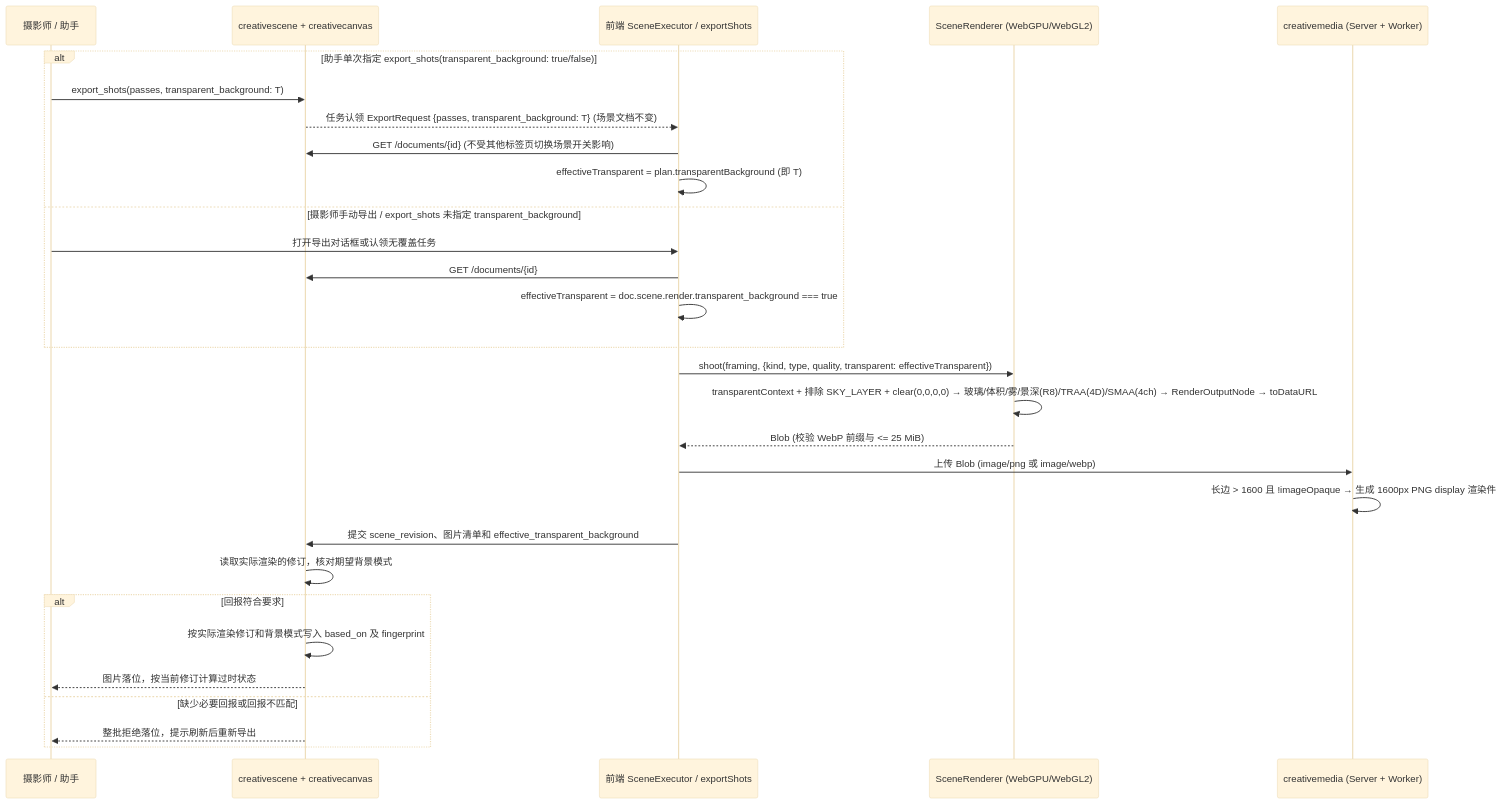
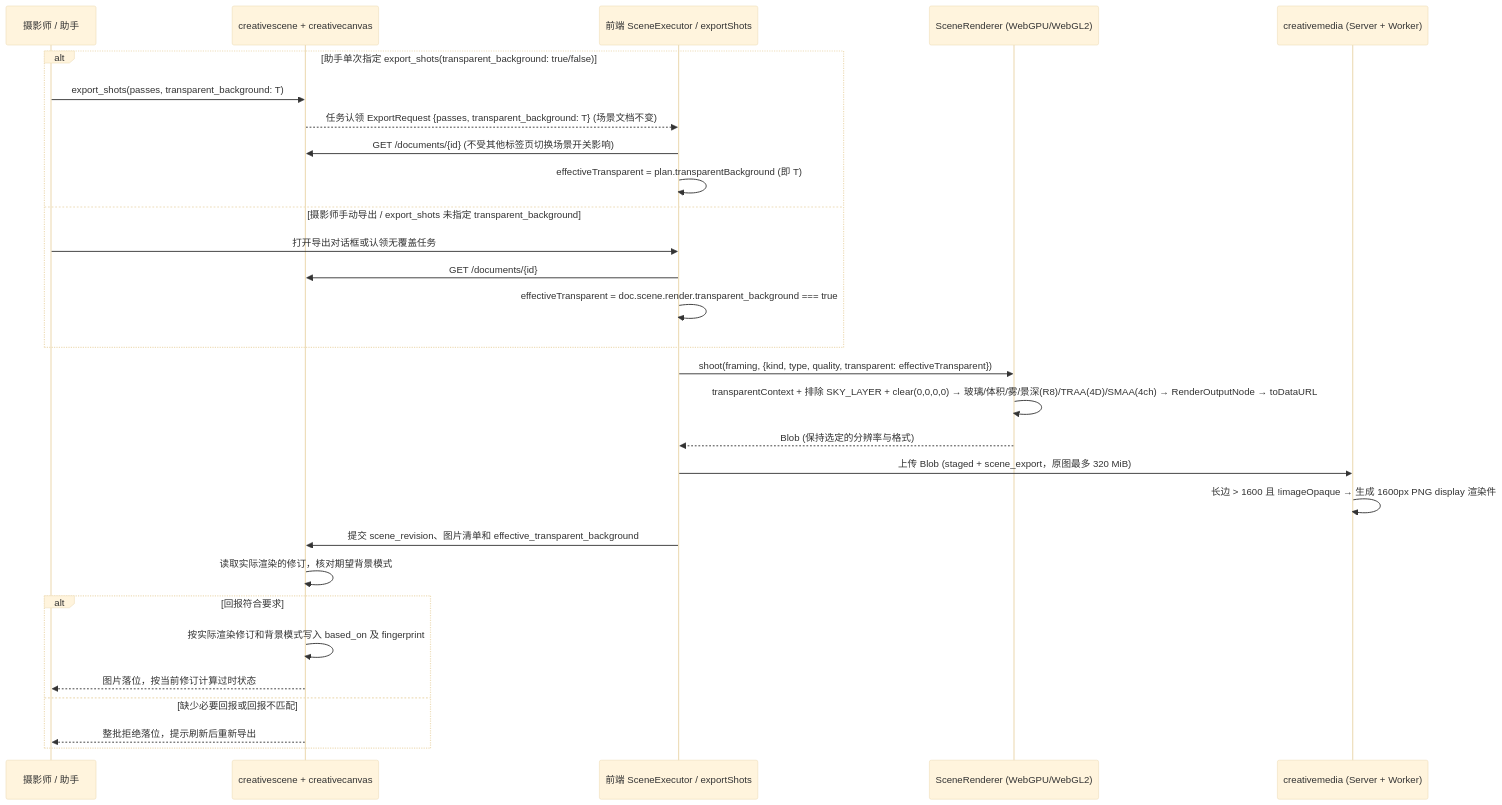
Before and after one commit to ltwin/customer_manage_platform: the diagram in .lti/features/2026-11-15-scene-transparent-background/design.md, drawn with Mermaid (base theme). The commit also changed other lines of this file and 75 other files, not shown here.

````diff
--- a/.lti/features/2026-11-15-scene-transparent-background/design.md
+++ b/.lti/features/2026-11-15-scene-transparent-background/design.md
@@ -142,32 +144,32 @@
 ```mermaid
 sequenceDiagram
   participant A as 摄影师 / 助手
   participant S as creativescene + creativecanvas
   participant H as 前端 SceneExecutor / exportShots
   participant R as SceneRenderer (WebGPU/WebGL2)
   participant M as creativemedia (Server + Worker)
 
   alt 助手单次指定 export_shots(transparent_background: true/false)
     A->>S: export_shots(passes, transparent_background: T)
     S-->>H: 任务认领 ExportRequest {passes, transparent_background: T} (场景文档不变)
     H->>S: GET /documents/{id} (不受其他标签页切换场景开关影响)
     H->>H: effectiveTransparent = plan.transparentBackground (即 T)
   else 摄影师手动导出 / export_shots 未指定 transparent_background
     A->>H: 打开导出对话框或认领无覆盖任务
     H->>S: GET /documents/{id}
     H->>H: effectiveTransparent = doc.scene.render.transparent_background === true
   end
   H->>R: shoot(framing, {kind, type, quality, transparent: effectiveTransparent})
   R->>R: transparentContext + 排除 SKY_LAYER + clear(0,0,0,0) → 玻璃/体积/雾/景深(R8)/TRAA(4D)/SMAA(4ch) → RenderOutputNode → toDataURL
-  R-->>H: Blob (校验 WebP 前缀与 <= 25 MiB)
-  H->>M: 上传 Blob (image/png 或 image/webp)
+  R-->>H: Blob (保持选定的分辨率与格式)
+  H->>M: 上传 Blob (staged + scene_export，原图最多 320 MiB)
   M->>M: 长边 > 1600 且 !imageOpaque → 生成 1600px PNG display 渲染件
   H->>S: 提交 scene_revision、图片清单和 effective_transparent_background
   S->>S: 读取实际渲染的修订，核对期望背景模式
   alt 回报符合要求
     S->>S: 按实际渲染修订和背景模式写入 based_on 及 fingerprint
     S-->>A: 图片落位，按当前修订计算过时状态
   else 缺少必要回报或回报不匹配
     S-->>A: 整批拒绝落位，提示刷新后重新导出
   end
 ```
````
